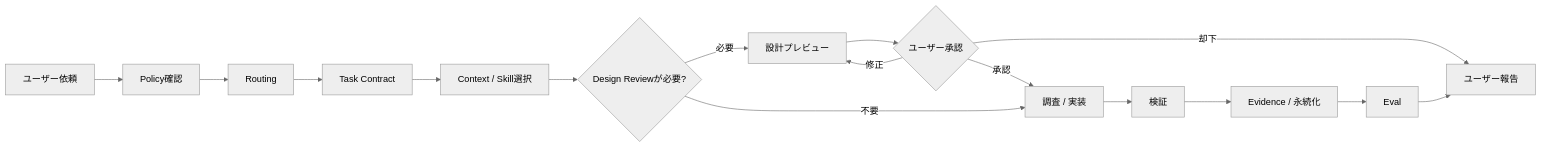
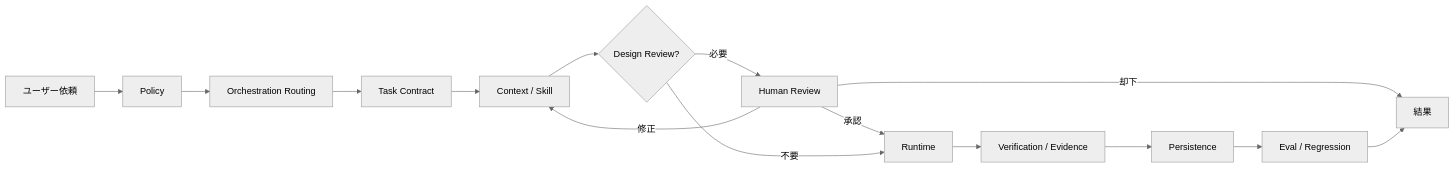
The first of 4 diagrams in README.md (DarumaPPAP/UnityAgent), drawn with Mermaid (neutral theme) before and after one commit. The commit also changed other lines of this file and 32 other files, not shown here.

````diff
--- a/README.md
+++ b/README.md
@@ -25,20 +22,19 @@
 ```mermaid
 flowchart LR
-    U[ユーザー依頼] --> P[Policy確認]
-    P --> R[Routing]
+    U[ユーザー依頼] --> P[Policy]
+    P --> R[Orchestration Routing]
     R --> T[Task Contract]
-    T --> C[Context / Skill選択]
-    C --> G{Design Reviewが必要?}
+    T --> C[Context / Skill]
+    C --> D{Design Review?}
 
-    G -->|必要| D[設計プレビュー]
-    D --> H{ユーザー承認}
-    H -->|修正| D
-    H -->|承認| X[調査 / 実装]
-    H -->|却下| O[ユーザー報告]
+    D -->|必要| H[Human Review]
+    H -->|承認| X[Runtime]
+    H -->|修正| C
+    H -->|却下| O[結果]
 
-    G -->|不要| X
-    X --> V[検証]
-    V --> E[Evidence / 永続化]
-    E --> Q[Eval]
-    Q --> O
+    D -->|不要| X
+    X --> V[Verification / Evidence]
+    V --> S[Persistence]
+    S --> E[Eval / Regression]
+    E --> O
 ```
````
